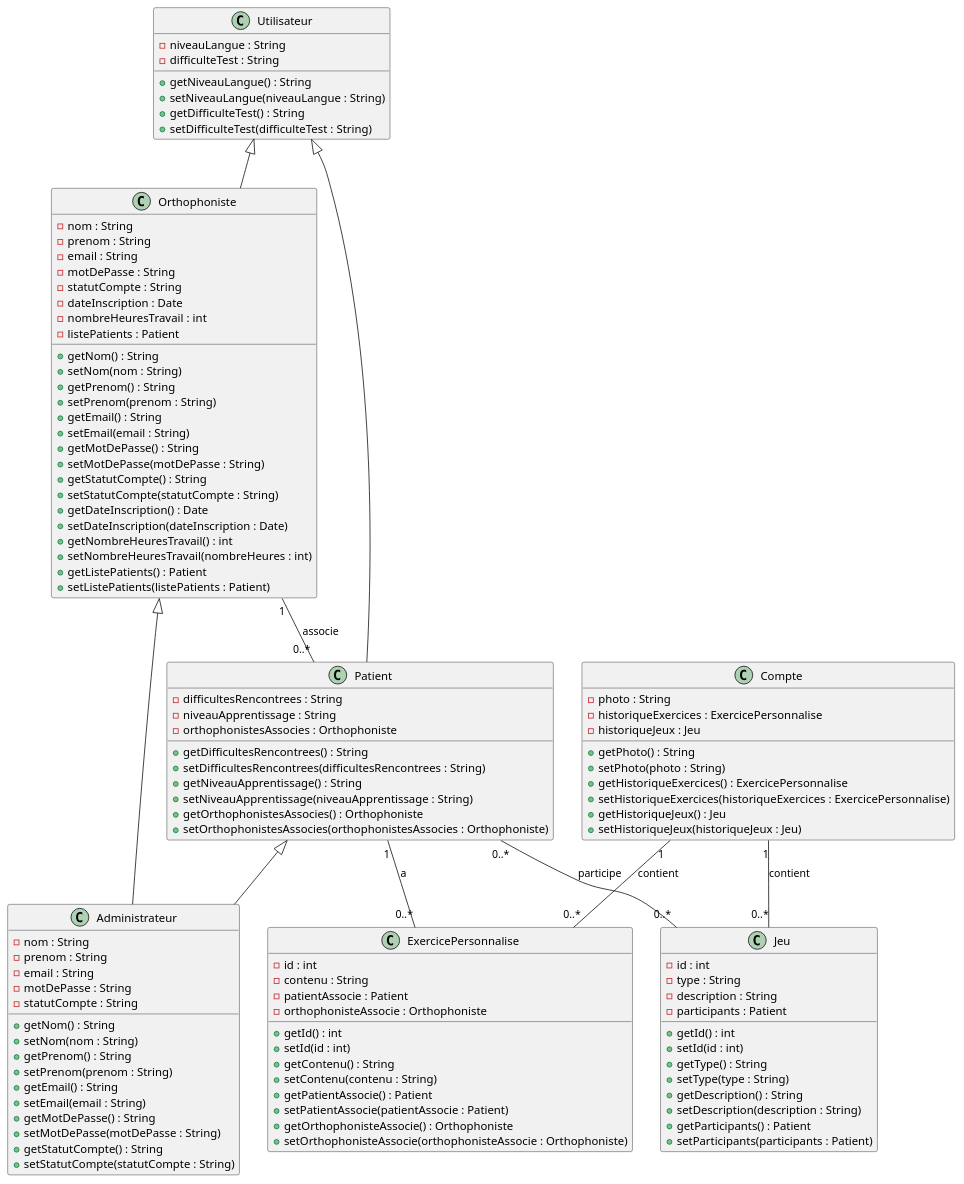
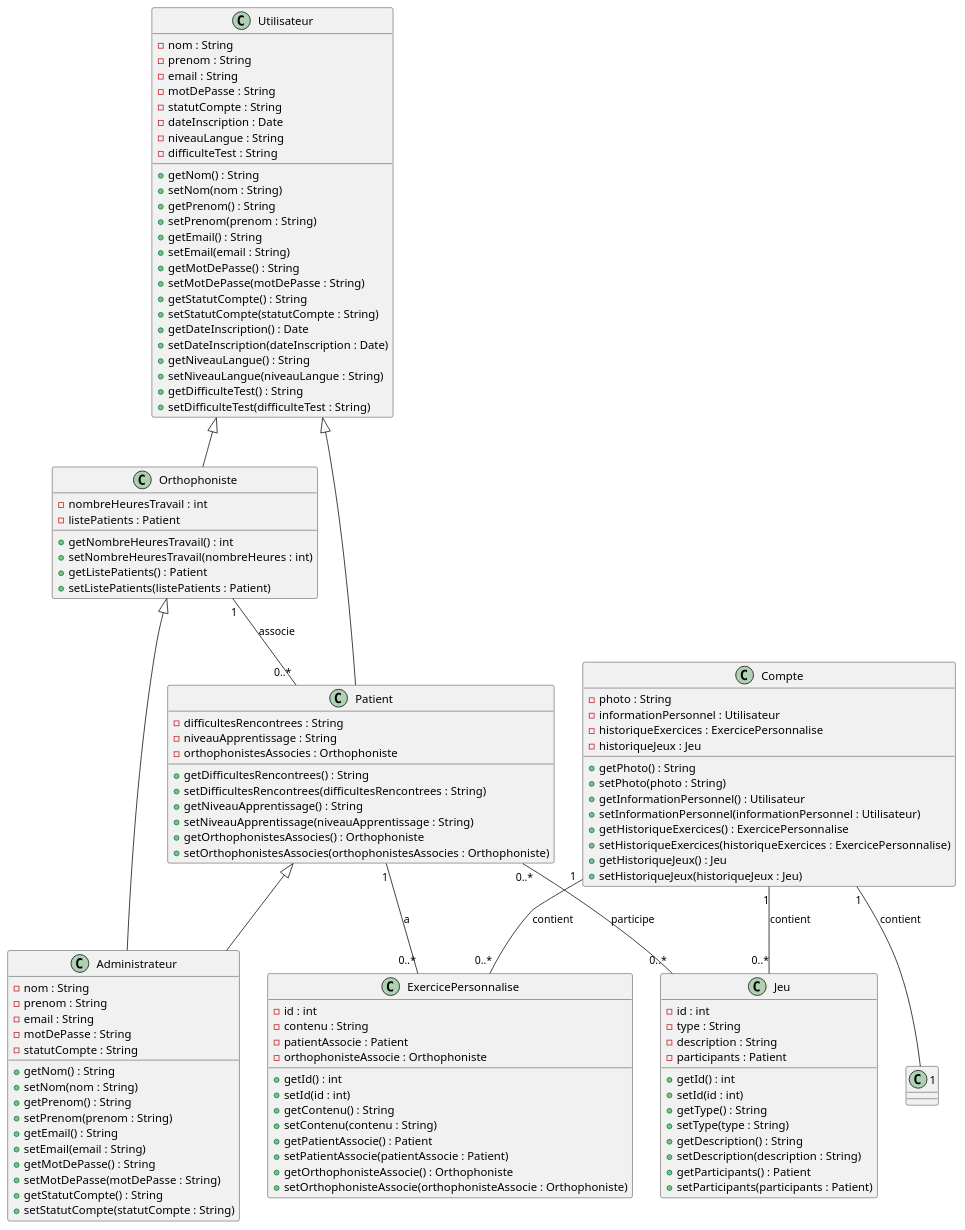
One commit to elamranibilel/Ortholib changed the diagram in analyse/UML/Class/class.wsd. Above: the diagram before and after it, drawn with PlantUML.

Commit message:
complet class

```diff
--- a/analyse/UML/Class/class.wsd
+++ b/analyse/UML/Class/class.wsd
@@ -1,172 +1,179 @@
 @startuml Class
 
 /' class Visiteur {
     - nom : String
     - prenom : String
     - email : String
     - motDePasse : String
     - telephone : String
     - dateNaissance : Date
     - genre : String
     - ville : String
     - maladie : String
     - difficultes : String
     - preferencePresence : Boolean
     - preferenceCommunication : String
     - codeVerification : String
     - statutCompte : String
     - dateInscription : Date
 
     + getNom() : String
     + setNom(nom : String)
     + getPrenom() : String
     + setPrenom(prenom : String)
     + getEmail() : String
     + setEmail(email : String)
     + getMotDePasse() : String
     + setMotDePasse(motDePasse : String)
     + getTelephone() : String
     + setTelephone(telephone : String)
     + getDateNaissance() : Date
     + setDateNaissance(dateNaissance : Date)
     + getGenre() : String
     + setGenre(genre : String)
     + getVille() : String
     + setVille(ville : String)
     + getMaladie() : String
     + setMaladie(maladie : String)
     + getDifficultes() : String
     + setDifficultes(difficultes : String)
     + getPreferencePresence() : Boolean
     + setPreferencePresence(preferencePresence : Boolean)
     + getPreferenceCommunication() : String
     + setPreferenceCommunication(preferenceCommunication : String)
     + getCodeVerification() : String
     + setCodeVerification(codeVerification : String)
     + getStatutCompte() : String
     + setStatutCompte(statutCompte : String)
     + getDateInscription() : Date
     + setDateInscription(dateInscription : Date)
 }
  '/
 class Utilisateur {
-    - niveauLangue : String
-    - difficulteTest : String
-    + getNiveauLangue() : String
-    + setNiveauLangue(niveauLangue : String)
-    + getDifficulteTest() : String
-    + setDifficulteTest(difficulteTest : String)
-}
-
-class Orthophoniste {
     - nom : String
     - prenom : String
     - email : String
     - motDePasse : String
     - statutCompte : String
     - dateInscription : Date
-    - nombreHeuresTravail : int
-    - listePatients : Patient
+    - niveauLangue : String
+    - difficulteTest : String
 
     + getNom() : String
     + setNom(nom : String)
     + getPrenom() : String
     + setPrenom(prenom : String)
     + getEmail() : String
     + setEmail(email : String)
     + getMotDePasse() : String
     + setMotDePasse(motDePasse : String)
     + getStatutCompte() : String
     + setStatutCompte(statutCompte : String)
     + getDateInscription() : Date
     + setDateInscription(dateInscription : Date)
+    + getNiveauLangue() : String
+    + setNiveauLangue(niveauLangue : String)
+    + getDifficulteTest() : String
+    + setDifficulteTest(difficulteTest : String)
+}
+
+class Orthophoniste {
+    - nombreHeuresTravail : int
+    - listePatients : Patient
+
     + getNombreHeuresTravail() : int
     + setNombreHeuresTravail(nombreHeures : int)
     + getListePatients() : Patient
     + setListePatients(listePatients : Patient)
 }
 
 class Patient {
     - difficultesRencontrees : String
     - niveauApprentissage : String
     - orthophonistesAssocies : Orthophoniste
     + getDifficultesRencontrees() : String
     + setDifficultesRencontrees(difficultesRencontrees : String)
     + getNiveauApprentissage() : String
     + setNiveauApprentissage(niveauApprentissage : String)
     + getOrthophonistesAssocies() : Orthophoniste
     + setOrthophonistesAssocies(orthophonistesAssocies : Orthophoniste)
 }
 
 class Administrateur {
     - nom : String
     - prenom : String
     - email : String
     - motDePasse : String
     - statutCompte : String
 
     + getNom() : String
     + setNom(nom : String)
     + getPrenom() : String
     + setPrenom(prenom : String)
     + getEmail() : String
     + setEmail(email : String)
     + getMotDePasse() : String
     + setMotDePasse(motDePasse : String)
     + getStatutCompte() : String
     + setStatutCompte(statutCompte : String)
 }
 
+class Compte {
+    - photo : String
+    - informationPersonnel : Utilisateur
+    - historiqueExercices : ExercicePersonnalise
+    - historiqueJeux : Jeu
+    + getPhoto() : String
+    + setPhoto(photo : String)
+    + getInformationPersonnel() : Utilisateur
+    + setInformationPersonnel(informationPersonnel : Utilisateur)
+    + getHistoriqueExercices() : ExercicePersonnalise
+    + setHistoriqueExercices(historiqueExercices : ExercicePersonnalise)
+    + getHistoriqueJeux() : Jeu
+    + setHistoriqueJeux(historiqueJeux : Jeu)
+}
+
 class Jeu {
     - id : int
     - type : String
     - description : String
     - participants : Patient
     + getId() : int
     + setId(id : int)
     + getType() : String
     + setType(type : String)
     + getDescription() : String
     + setDescription(description : String)
     + getParticipants() : Patient
     + setParticipants(participants : Patient)
 }
 
 class ExercicePersonnalise {
     - id : int
     - contenu : String
     - patientAssocie : Patient
     - orthophonisteAssocie : Orthophoniste
     + getId() : int
     + setId(id : int)
     + getContenu() : String
     + setContenu(contenu : String)
     + getPatientAssocie() : Patient
     + setPatientAssocie(patientAssocie : Patient)
     + getOrthophonisteAssocie() : Orthophoniste
     + setOrthophonisteAssocie(orthophonisteAssocie : Orthophoniste)
 }
 
-class Compte {
-    - photo : String
-    - historiqueExercices : ExercicePersonnalise
-    - historiqueJeux : Jeu
-    + getPhoto() : String
-    + setPhoto(photo : String)
-    + getHistoriqueExercices() : ExercicePersonnalise
-    + setHistoriqueExercices(historiqueExercices : ExercicePersonnalise)
-    + getHistoriqueJeux() : Jeu
-    + setHistoriqueJeux(historiqueJeux : Jeu)
-}
+
 
 Utilisateur <|-- Orthophoniste
 Utilisateur <|-- Patient
 Orthophoniste <|-- Administrateur 
 Patient <|-- Administrateur 
 Orthophoniste "1" -- "0..*" Patient : associe
 Patient "0..*" -- "0..*" Jeu : participe
 Patient "1" -- "0..*" ExercicePersonnalise : a
 Compte "1" -- "0..*" ExercicePersonnalise : contient
 Compte "1" -- "0..*" Jeu : contient
+Compte "1" -- "1" : contient
 
 @enduml
```
